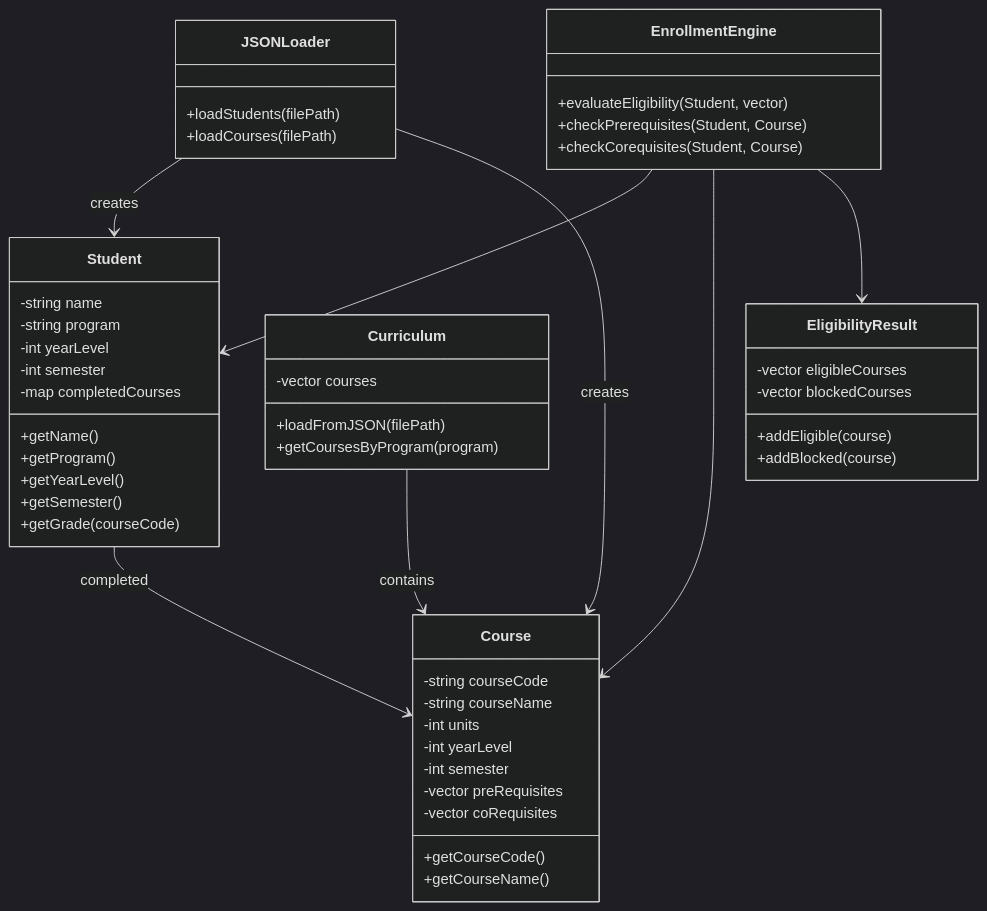
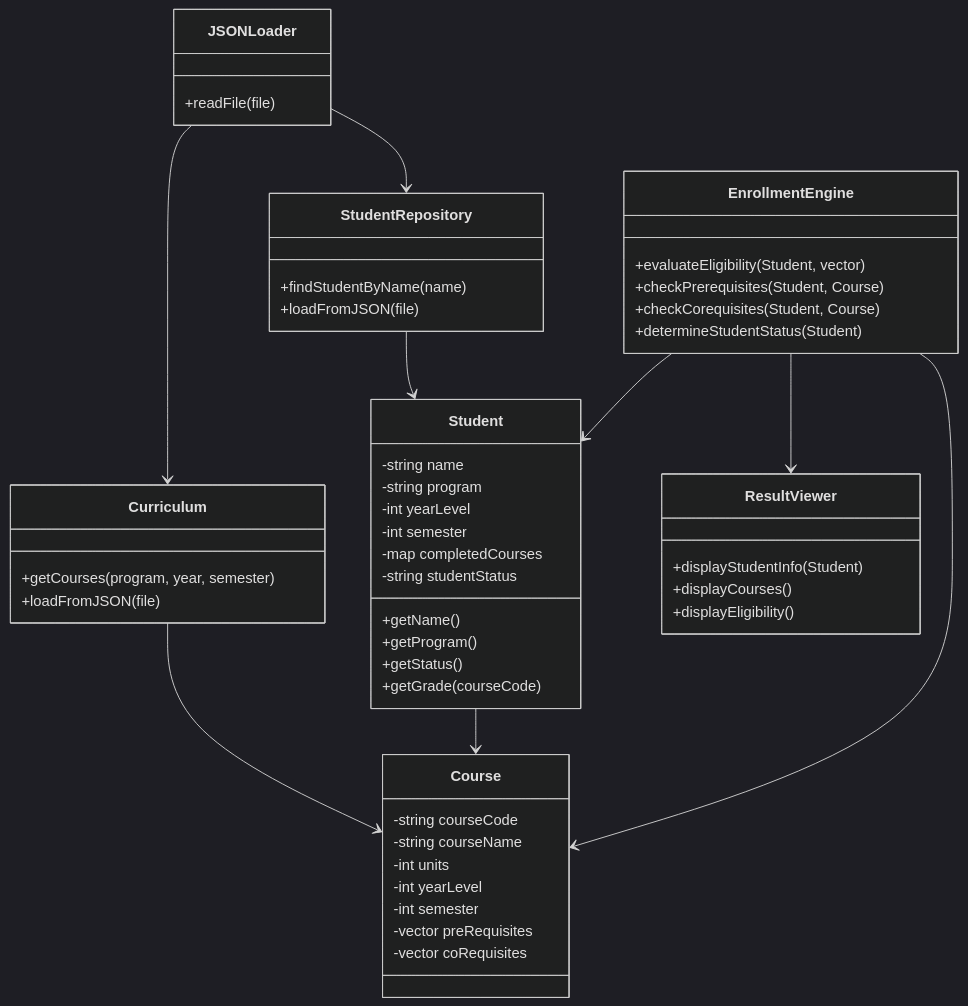
One commit to BSCpE-2-Software-Design/EduNexus changed the first of 2 diagrams in README.md. Above: the diagram before and after it, drawn with Mermaid (dark theme). The commit also changed other lines of this file, not shown here.

````diff
--- a/README.md
+++ b/README.md
@@ -2,60 +2,64 @@
 ``` mermaid
 classDiagram
 
 class Student {
   -string name
   -string program
   -int yearLevel
   -int semester
   -map<string, double> completedCourses
+  -string studentStatus
   +getName()
   +getProgram()
-  +getYearLevel()
-  +getSemester()
+  +getStatus()
   +getGrade(courseCode)
 }
 
 class Course {
   -string courseCode
   -string courseName
   -int units
   -int yearLevel
   -int semester
   -vector<string> preRequisites
   -vector<string> coRequisites
-  +getCourseCode()
-  +getCourseName()
+}
+
+class StudentRepository {
+  +findStudentByName(name)
+  +loadFromJSON(file)
 }
 
 class Curriculum {
-  -vector<Course> courses
-  +loadFromJSON(filePath)
-  +getCoursesByProgram(program)
+  +getCourses(program, year, semester)
+  +loadFromJSON(file)
 }
 
 class JSONLoader {
-  +loadStudents(filePath)
-  +loadCourses(filePath)
+  +readFile(file)
 }
 
 class EnrollmentEngine {
   +evaluateEligibility(Student, vector<Course>)
   +checkPrerequisites(Student, Course)
   +checkCorequisites(Student, Course)
+  +determineStudentStatus(Student)
 }
 
-class EligibilityResult {
-  -vector<Course> eligibleCourses
-  -vector<Course> blockedCourses
-  +addEligible(course)
-  +addBlocked(course)
+class ResultViewer {
+  +displayStudentInfo(Student)
+  +displayCourses()
+  +displayEligibility()
 }
 
-Student --> Course : completed
-Curriculum --> Course : contains
-JSONLoader --> Student : creates
-JSONLoader --> Course : creates
+StudentRepository --> Student
+JSONLoader --> StudentRepository
+JSONLoader --> Curriculum
+
+Curriculum --> Course
+Student --> Course
+
 EnrollmentEngine --> Student
 EnrollmentEngine --> Course
-EnrollmentEngine --> EligibilityResult
+EnrollmentEngine --> ResultViewer
 ```
````
